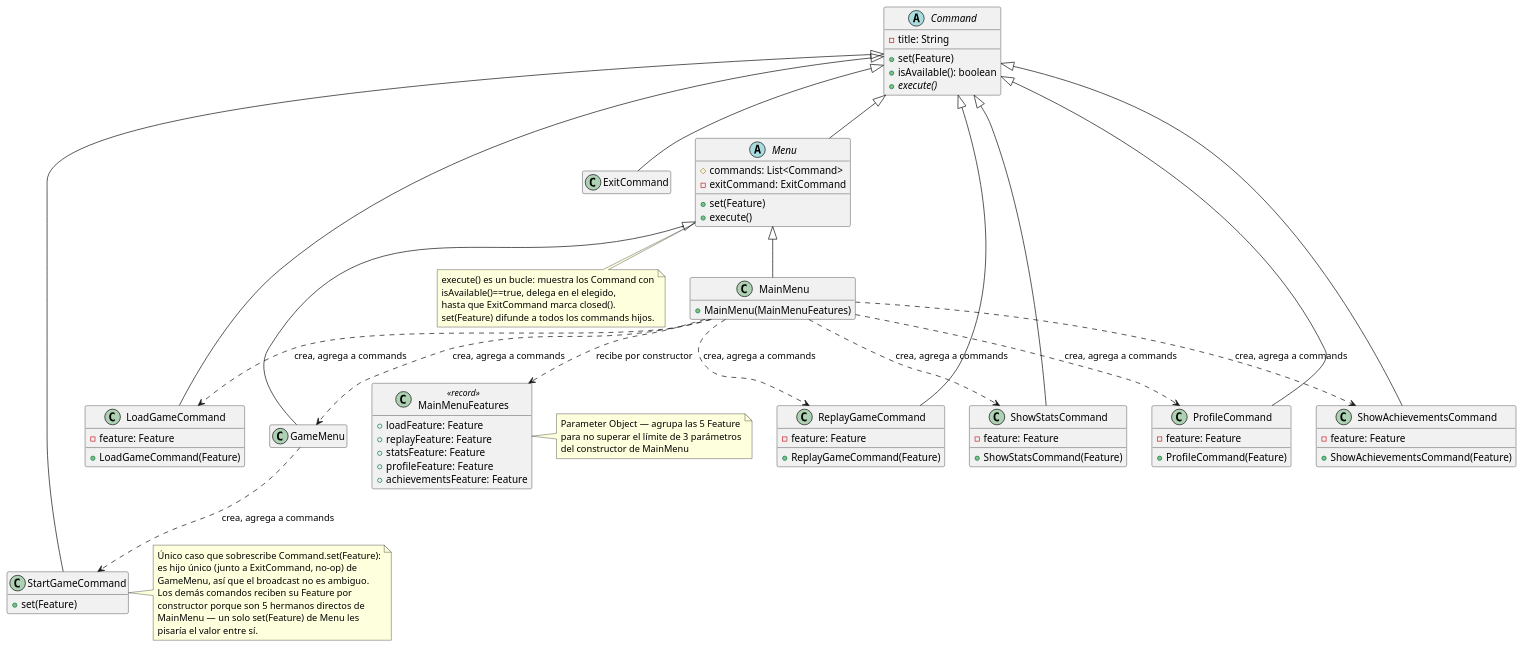
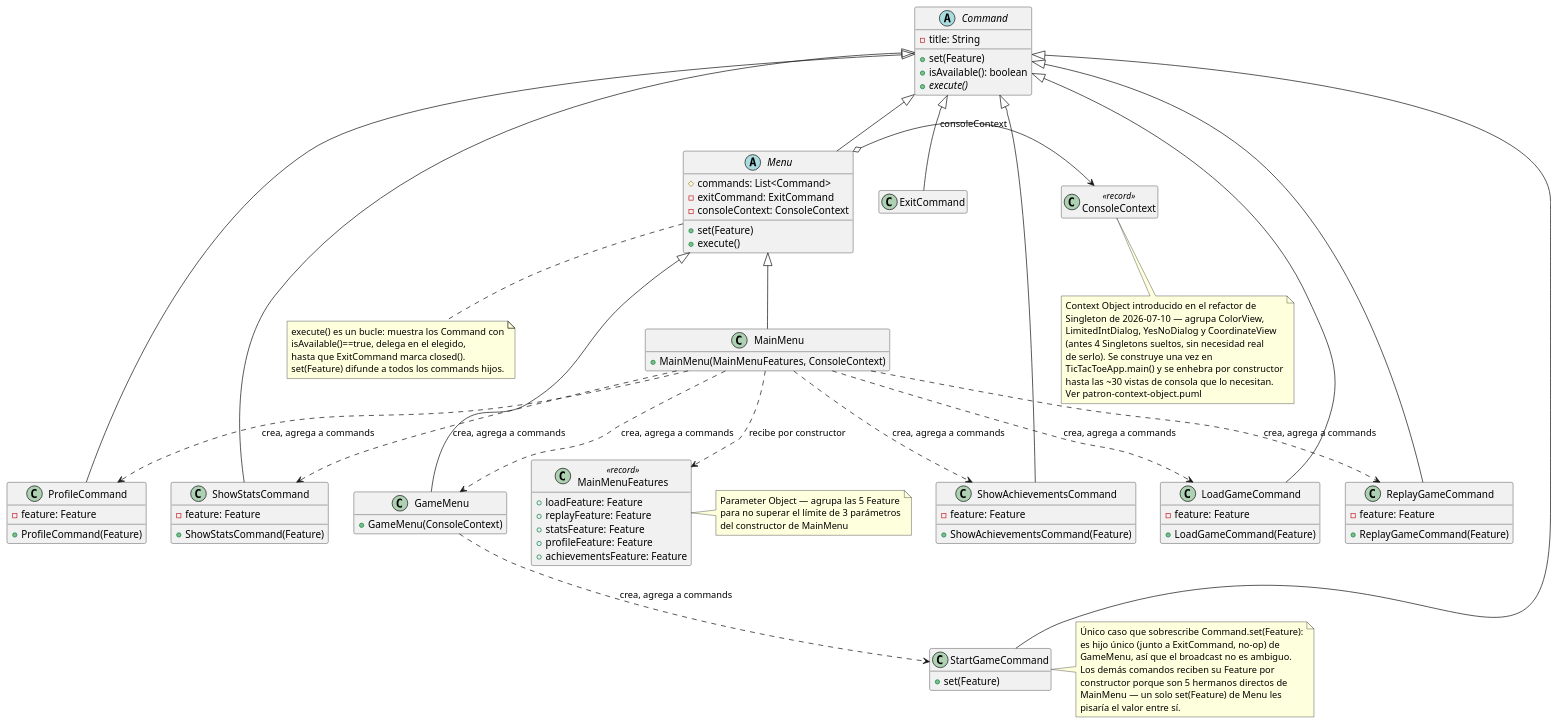
The diagram in docs/4+1views/logica/patrones/patron-command.puml (pcarroza/tictactoe-java), drawn with PlantUML before and after one commit. The commit also changed 16 other files, not shown here.

```diff
--- a/docs/4+1views/logica/patrones/patron-command.puml
+++ b/docs/4+1views/logica/patrones/patron-command.puml
@@ -1,94 +1,110 @@
 @startuml patron-command
 hide empty members
 
 abstract class Command {
   -title: String
   +set(Feature)
   +isAvailable(): boolean
   {abstract} +execute()
 }
 abstract class Menu {
   #commands: List<Command>
   -exitCommand: ExitCommand
+  -consoleContext: ConsoleContext
   +set(Feature)
   +execute()
 }
 class MainMenu {
-  +MainMenu(MainMenuFeatures)
+  +MainMenu(MainMenuFeatures, ConsoleContext)
 }
+class ConsoleContext <<record>>
 class MainMenuFeatures <<record>> {
   +loadFeature: Feature
   +replayFeature: Feature
   +statsFeature: Feature
   +profileFeature: Feature
   +achievementsFeature: Feature
 }
-class GameMenu
+class GameMenu {
+  +GameMenu(ConsoleContext)
+}
 class ExitCommand
 class StartGameCommand {
   +set(Feature)
 }
 class LoadGameCommand {
   -feature: Feature
   +LoadGameCommand(Feature)
 }
 class ReplayGameCommand {
   -feature: Feature
   +ReplayGameCommand(Feature)
 }
 class ShowStatsCommand {
   -feature: Feature
   +ShowStatsCommand(Feature)
 }
 class ProfileCommand {
   -feature: Feature
   +ProfileCommand(Feature)
 }
 class ShowAchievementsCommand {
   -feature: Feature
   +ShowAchievementsCommand(Feature)
 }
 
 Command <|-- Menu
 Menu <|-- MainMenu
 Menu <|-- GameMenu
 Command <|-- ExitCommand
 Command <|-- StartGameCommand
 Command <|-- LoadGameCommand
 Command <|-- ReplayGameCommand
 Command <|-- ShowStatsCommand
 Command <|-- ProfileCommand
 Command <|-- ShowAchievementsCommand
 
+Menu o-> ConsoleContext : consoleContext
 MainMenu ..> MainMenuFeatures : recibe por constructor
 MainMenu ..> GameMenu : crea, agrega a commands
 MainMenu ..> LoadGameCommand : crea, agrega a commands
 MainMenu ..> ReplayGameCommand : crea, agrega a commands
 MainMenu ..> ShowStatsCommand : crea, agrega a commands
 MainMenu ..> ProfileCommand : crea, agrega a commands
 MainMenu ..> ShowAchievementsCommand : crea, agrega a commands
 GameMenu ..> StartGameCommand : crea, agrega a commands
 
 note bottom of Menu
   execute() es un bucle: muestra los Command con
   isAvailable()==true, delega en el elegido,
   hasta que ExitCommand marca closed().
   set(Feature) difunde a todos los commands hijos.
 end note
 
 note right of MainMenuFeatures
   Parameter Object — agrupa las 5 Feature
   para no superar el límite de 3 parámetros
   del constructor de MainMenu
 end note
 
 note right of StartGameCommand
   Único caso que sobrescribe Command.set(Feature):
   es hijo único (junto a ExitCommand, no-op) de
   GameMenu, así que el broadcast no es ambiguo.
   Los demás comandos reciben su Feature por
   constructor porque son 5 hermanos directos de
   MainMenu — un solo set(Feature) de Menu les
   pisaría el valor entre sí.
 end note
+
+note bottom of ConsoleContext
+  Context Object introducido en el refactor de
+  Singleton de 2026-07-10 — agrupa ColorView,
+  LimitedIntDialog, YesNoDialog y CoordinateView
+  (antes 4 Singletons sueltos, sin necesidad real
+  de serlo). Se construye una vez en
+  TicTacToeApp.main() y se enhebra por constructor
+  hasta las ~30 vistas de consola que lo necesitan.
+  Ver patron-context-object.puml
+end note
 @enduml
```
